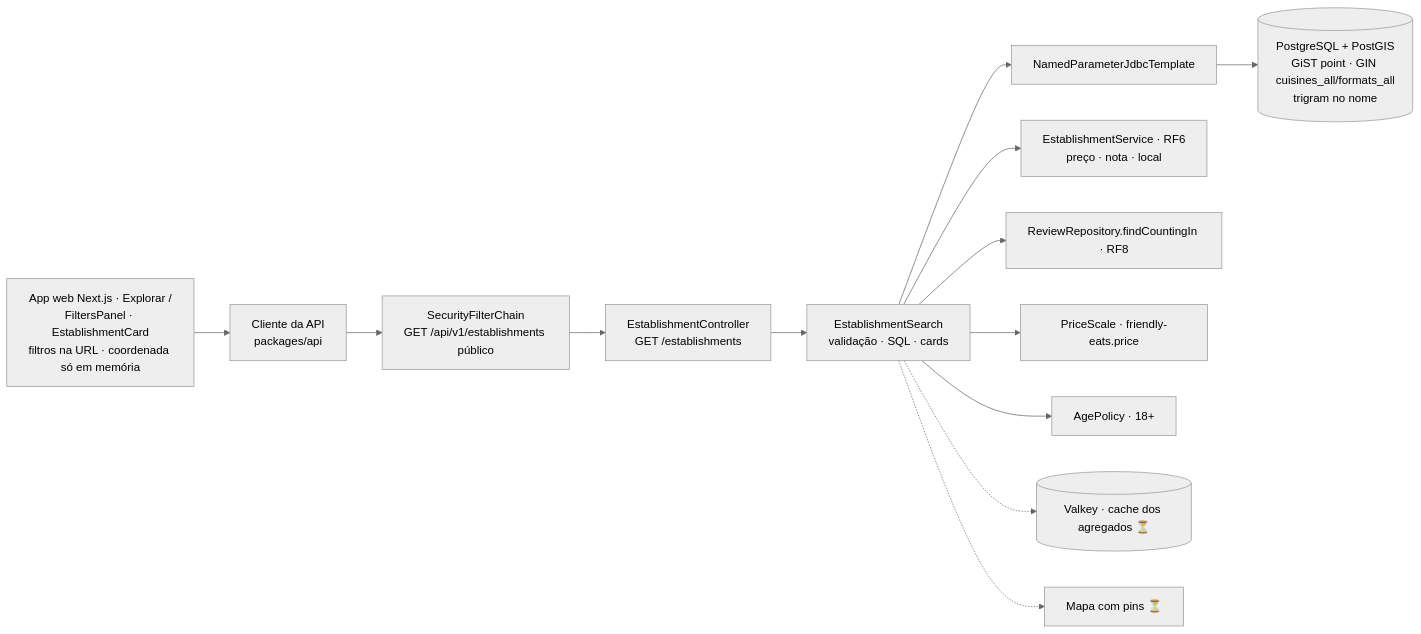
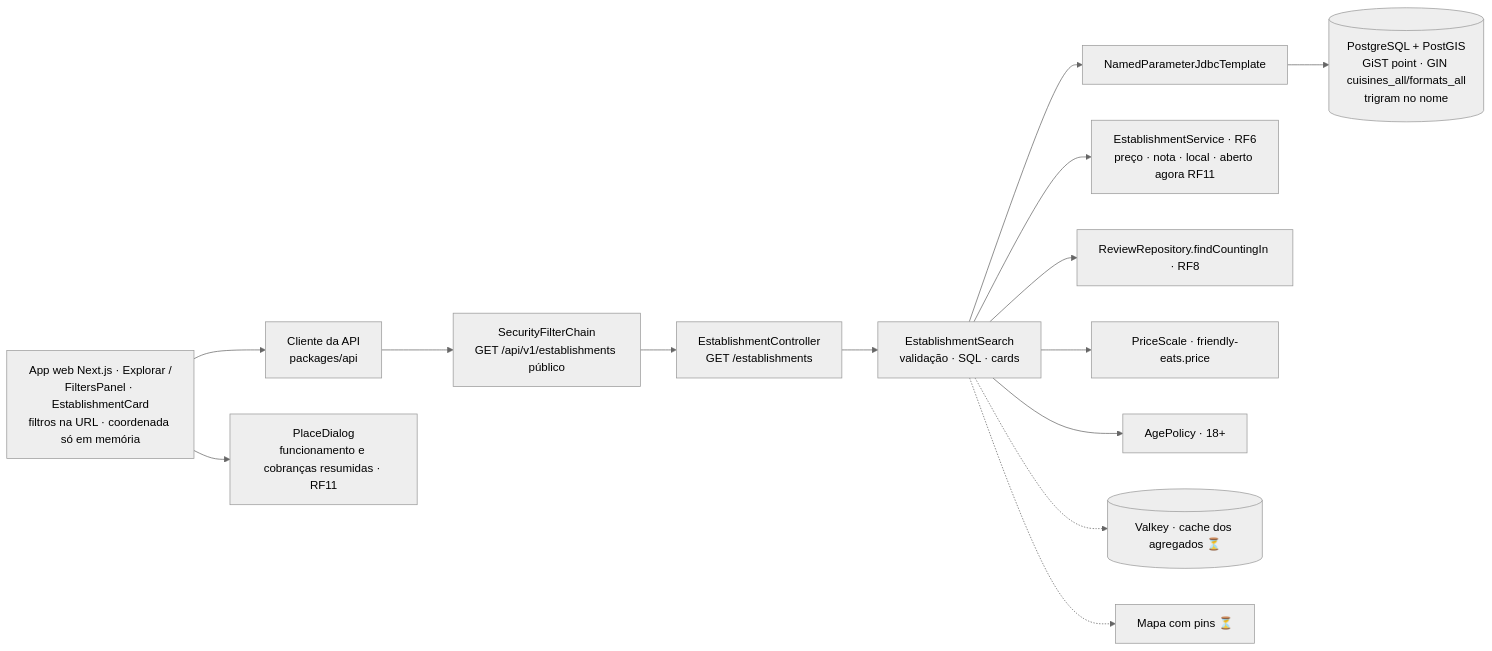
The diagram in docs/RF10/componentes.md (MatheusHaliski/Friendly-Eats), drawn with Mermaid (neutral theme) before and after one commit. The commit also changed 23 other files, not shown here.

````diff
--- a/docs/RF10/componentes.md
+++ b/docs/RF10/componentes.md
@@ -3,14 +3,15 @@
 ```mermaid
 flowchart LR
     WEB["App web Next.js · Explorar /<br/>FiltersPanel · EstablishmentCard<br/>filtros na URL · coordenada só em memória"] --> APP["Cliente da API<br/>packages/api"] --> SEC["SecurityFilterChain<br/>GET /api/v1/establishments público"]
     SEC --> EC["EstablishmentController<br/>GET /establishments"]
     EC --> ES["EstablishmentSearch<br/>validação · SQL · cards"]
     ES --> NJ["NamedParameterJdbcTemplate"]
     NJ --> PG[("PostgreSQL + PostGIS<br/>GiST point · GIN cuisines_all/formats_all<br/>trigram no nome")]
-    ES --> SVC["EstablishmentService · RF6<br/>preço · nota · local"]
+    ES --> SVC["EstablishmentService · RF6<br/>preço · nota · local · aberto agora RF11"]
+    WEB --> DLG["PlaceDialog<br/>funcionamento e cobranças resumidas · RF11"]
     ES --> RR["ReviewRepository.findCountingIn · RF8"]
     ES --> PS["PriceScale · friendly-eats.price"]
     ES --> AP["AgePolicy · 18+"]
     ES -.-> VK[("Valkey · cache dos agregados ⏳")]
     ES -.-> MAP["Mapa com pins ⏳"]
 ```
````
